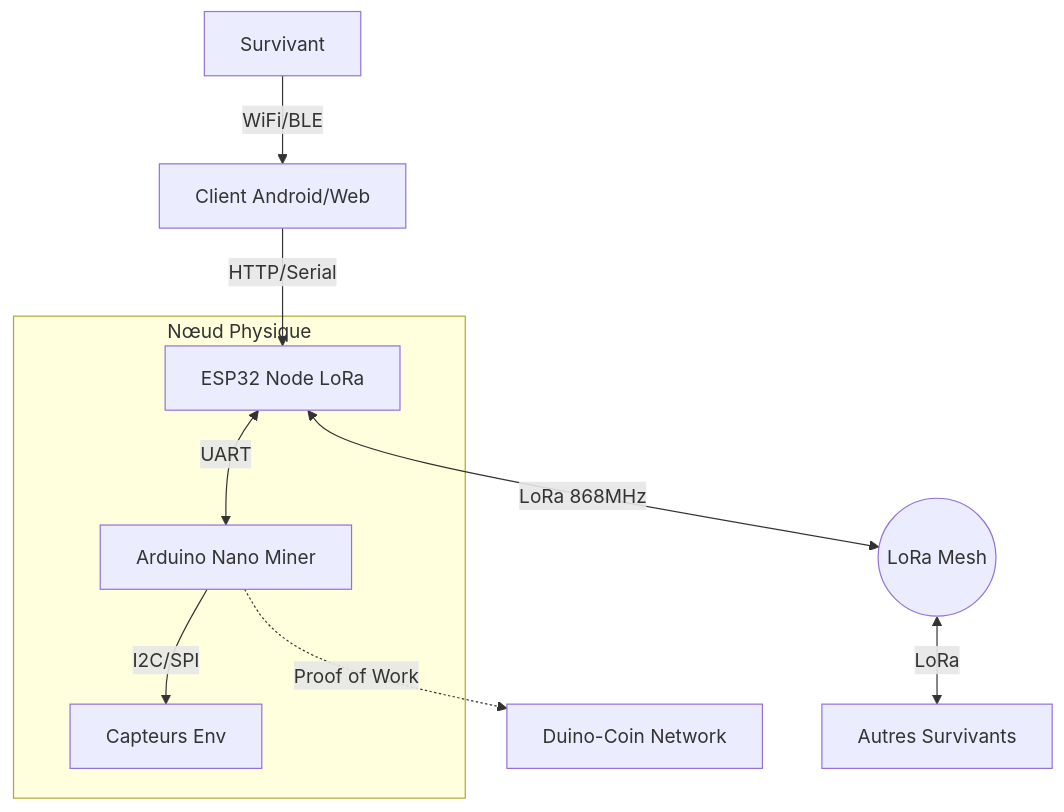
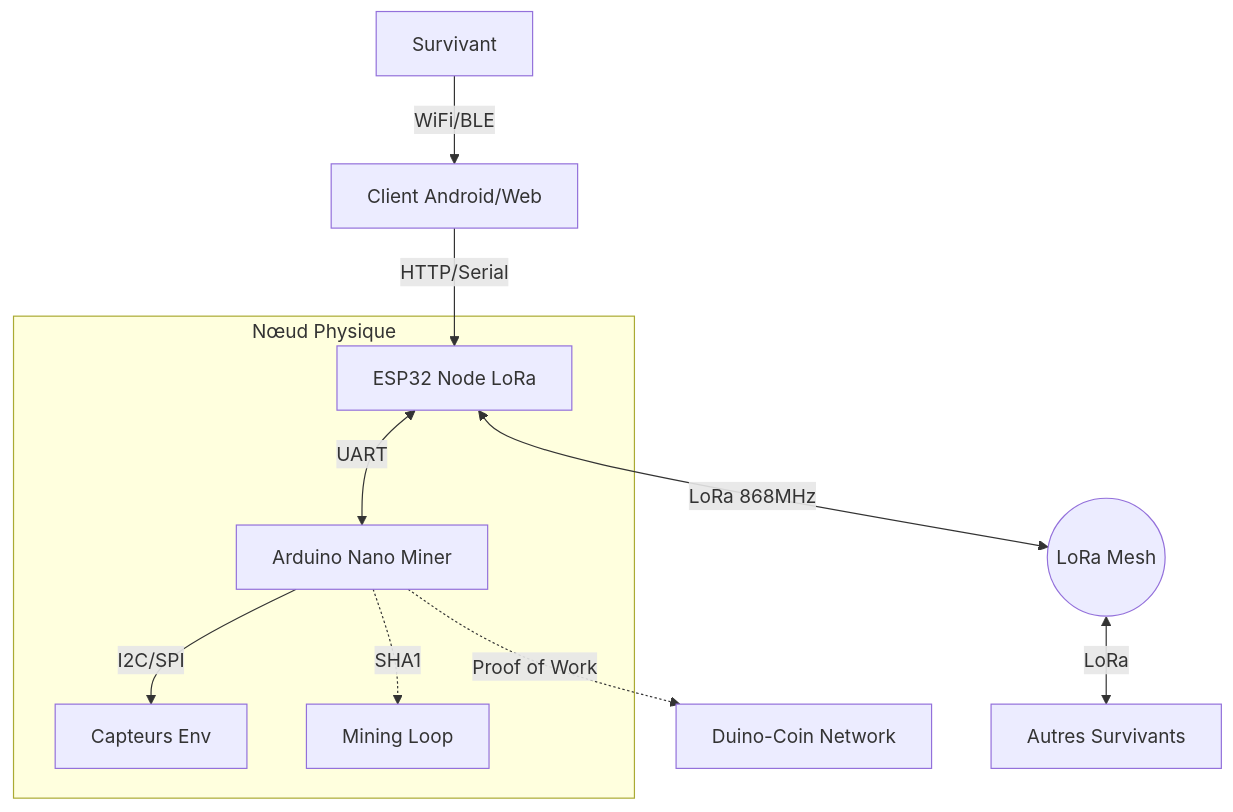
One commit to propann/escargot changed the diagram in architecture.md. Above: the diagram before and after it, drawn with Mermaid. The commit also changed 11 other files, not shown here.

````diff
--- a/architecture.md
+++ b/architecture.md
@@ -3,14 +3,15 @@
 ```mermaid
 graph TD
     User[Survivant] -->|WiFi/BLE| App[Client Android/Web]
     App -->|HTTP/Serial| ESP32[ESP32 Node LoRa]
     
     subgraph "Nœud Physique"
         ESP32 <-->|UART| Arduino[Arduino Nano Miner]
         Arduino -->|I2C/SPI| Sensors[Capteurs Env]
+        Arduino -.->|SHA1| DUCO_Mining[Mining Loop]
     end
     
     ESP32 <-->|LoRa 868MHz| Mesh((LoRa Mesh))
     Mesh <-->|LoRa| OtherNodes[Autres Survivants]
     Arduino -.->|Proof of Work| DUCO[Duino-Coin Network]
 ```
````
